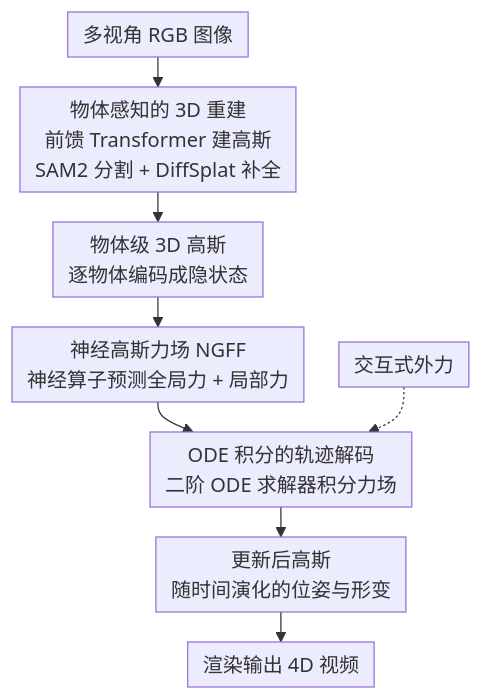
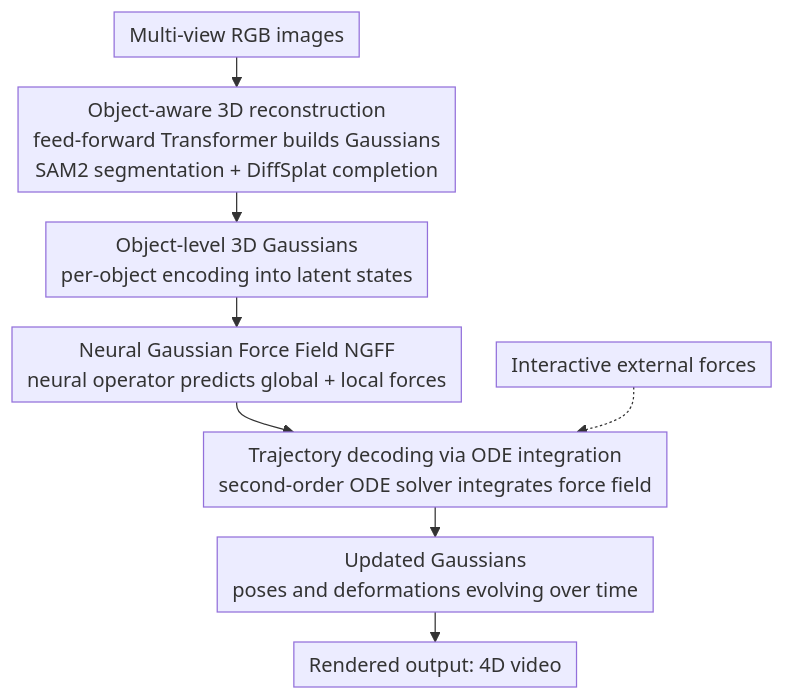
One commit to zhaoyang97/Paper-Notes-en changed the diagram in docs/ICLR2026/3d_vision/learning_physics-grounded_4d_dynamics_with_neural_gaussian_force_fields.md. Above: the diagram before and after it, drawn with Mermaid. The commit also changed 644 other files, not shown here.

````diff
--- a/docs/ICLR2026/3d_vision/learning_physics-grounded_4d_dynamics_with_neural_gaussian_force_fields.md
+++ b/docs/ICLR2026/3d_vision/learning_physics-grounded_4d_dynamics_with_neural_gaussian_force_fields.md
@@ -44,11 +44,11 @@
 ```mermaid
 %%{init: {'flowchart': {'rankSpacing': 24, 'nodeSpacing': 28, 'padding': 6, 'wrappingWidth': 400}}}%%
 flowchart TD
-    A["多视角 RGB 图像"] --> B["物体感知的 3D 重建<br/>前馈 Transformer 建高斯<br/>SAM2 分割 + DiffSplat 补全"]
-    B --> C["物体级 3D 高斯<br/>逐物体编码成隐状态"]
-    C --> D["神经高斯力场 NGFF<br/>神经算子预测全局力 + 局部力"]
-    D --> E["ODE 积分的轨迹解码<br/>二阶 ODE 求解器积分力场"]
-    E --> F["更新后高斯<br/>随时间演化的位姿与形变"]
-    F --> G["渲染输出 4D 视频"]
-    H["交互式外力"] -.-> E
+    A["Multi-view RGB images"] --> B["Object-aware 3D reconstruction<br/>feed-forward Transformer builds Gaussians<br/>SAM2 segmentation + DiffSplat completion"]
+    B --> C["Object-level 3D Gaussians<br/>per-object encoding into latent states"]
+    C --> D["Neural Gaussian Force Field NGFF<br/>neural operator predicts global + local forces"]
+    D --> E["Trajectory decoding via ODE integration<br/>second-order ODE solver integrates force field"]
+    E --> F["Updated Gaussians<br/>poses and deformations evolving over time"]
+    F --> G["Rendered output: 4D video"]
+    H["Interactive external forces"] -.-> E
 ```
````
